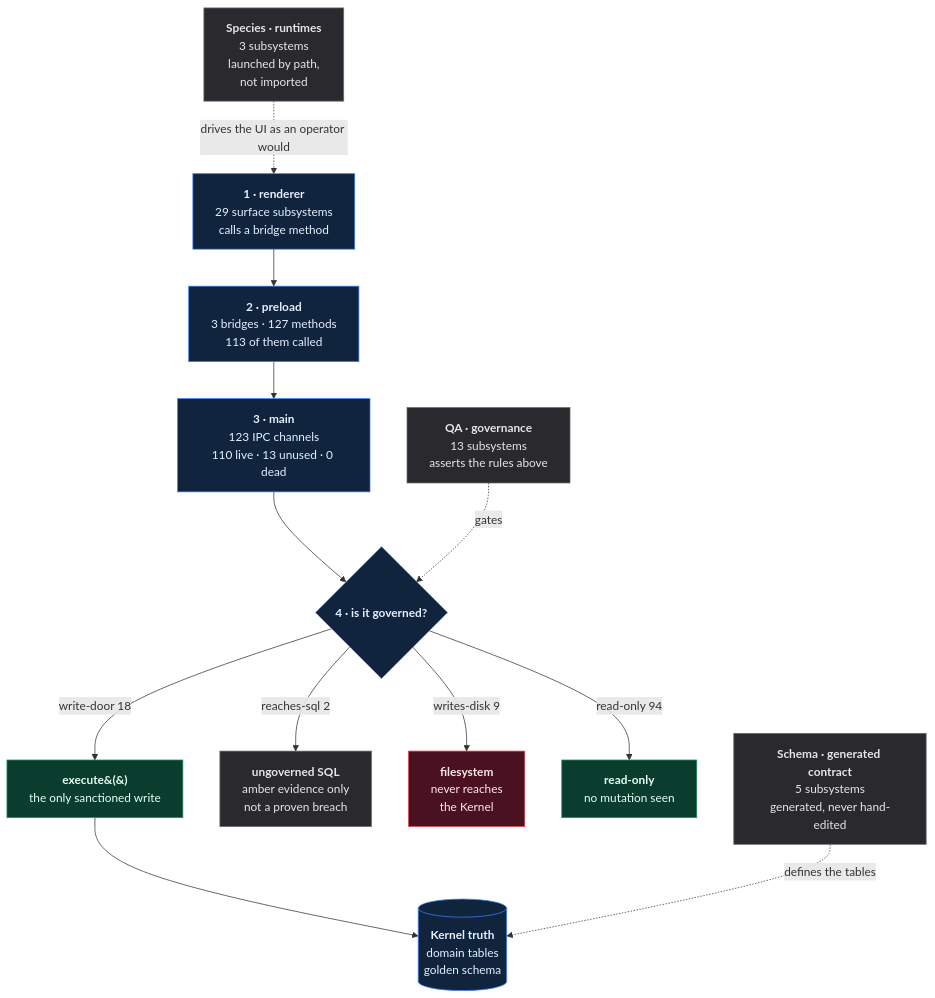
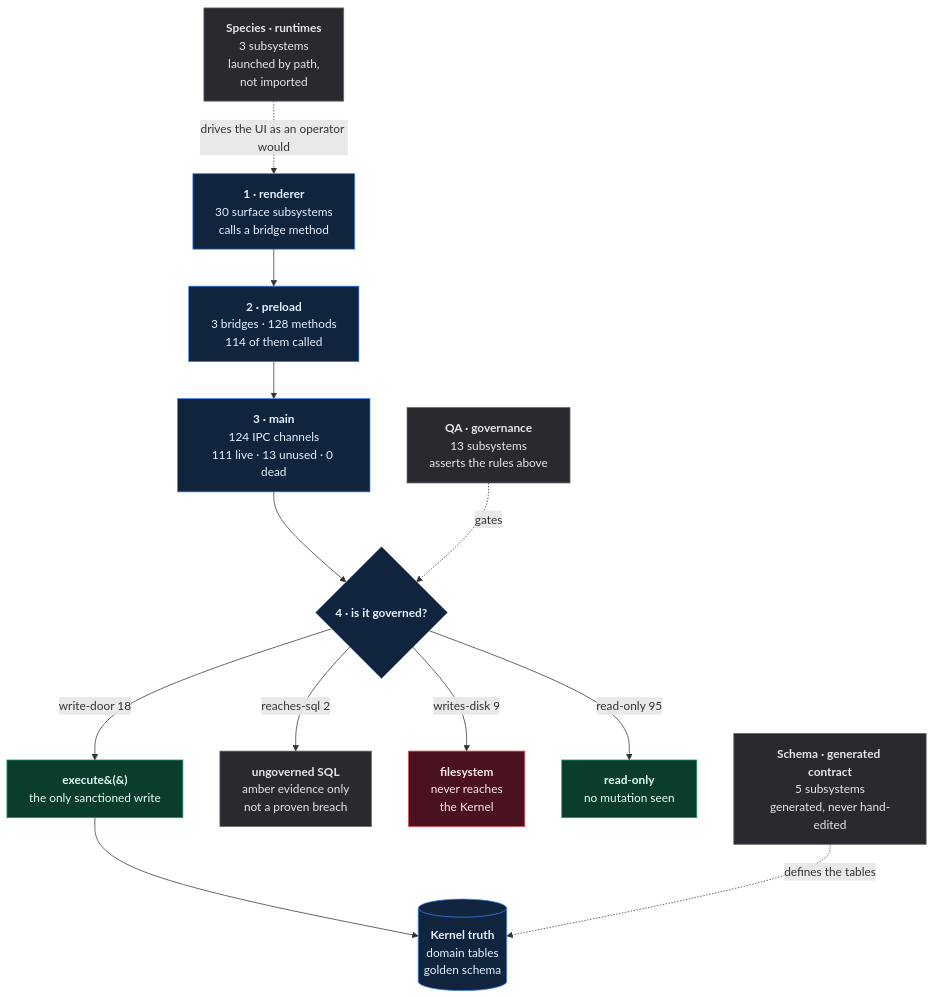
The diagram in qf-atlas/ATLAS.md (SidNig21/QuantFlow-Ontology), drawn with Mermaid before and after one commit. The commit also changed other lines of this file and 40 other files, not shown here.

````diff
--- a/qf-atlas/ATLAS.md
+++ b/qf-atlas/ATLAS.md
@@ -32,35 +32,35 @@
 ```mermaid
 flowchart TD
-  R["<b>1 · renderer</b><br/>29 surface subsystems<br/>calls a bridge method"]
-  P["<b>2 · preload</b><br/>3 bridges · 127 methods<br/>113 of them called"]
-  M["<b>3 · main</b><br/>123 IPC channels<br/>110 live · 13 unused · 0 dead"]
+  R["<b>1 · renderer</b><br/>30 surface subsystems<br/>calls a bridge method"]
+  P["<b>2 · preload</b><br/>3 bridges · 128 methods<br/>114 of them called"]
+  M["<b>3 · main</b><br/>124 IPC channels<br/>111 live · 13 unused · 0 dead"]
   H{"<b>4 · is it governed?</b>"}
   E["<b>execute&#40;&#41;</b><br/>the only sanctioned write"]
   DB[("<b>Kernel truth</b><br/>domain tables<br/>golden schema")]
 
   R --> P --> M --> H
   H -->|"write-door 18"| E
   E --> DB
   A["<b>ungoverned SQL</b><br/>amber evidence only<br/>not a proven breach"]
   H -->|"reaches-sql 2"| A
   FS["<b>filesystem</b><br/>never reaches<br/>the Kernel"]
   H -->|"writes-disk 9"| FS
   RO["<b>read-only</b><br/>no mutation seen"]
-  H -->|"read-only 94"| RO
+  H -->|"read-only 95"| RO
 
   QA["<b>QA · governance</b><br/>13 subsystems<br/>asserts the rules above"]
   SP["<b>Species · runtimes</b><br/>3 subsystems<br/>launched by path,<br/>not imported"]
   SC["<b>Schema · generated contract</b><br/>5 subsystems<br/>generated, never hand-edited"]
   QA -.->|"gates"| H
   SC -.->|"defines the tables"| DB
   SP -.->|"drives the UI as an operator would"| R
 
   classDef good fill:#0b3d2e,stroke:#1f9d6b,color:#e8fff5
   classDef bad fill:#4a1220,stroke:#e5484d,color:#ffe8ea
   classDef gray fill:#2a2a2e,stroke:#6b6b73,color:#e6e6ea
   classDef truth fill:#10243d,stroke:#3b82f6,color:#e6f0ff
   class E,RO good
   class FS bad
   class A,QA,SP,SC gray
   class DB,R,P,M,H truth
 ```
````
